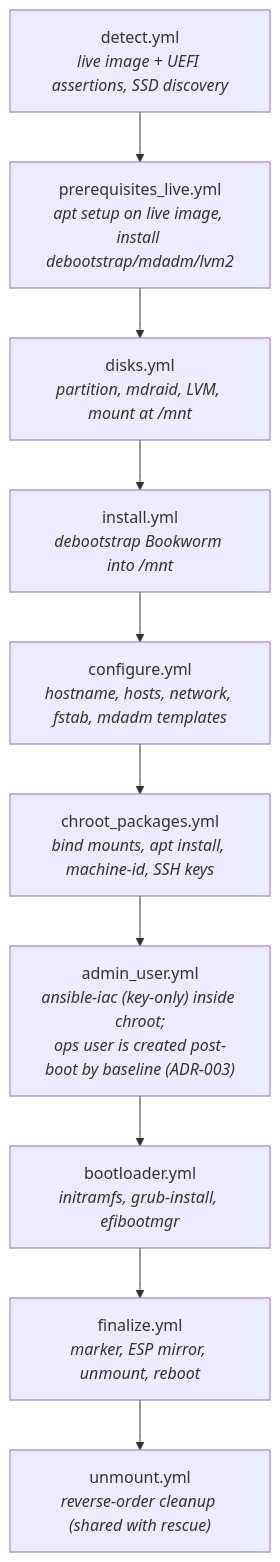
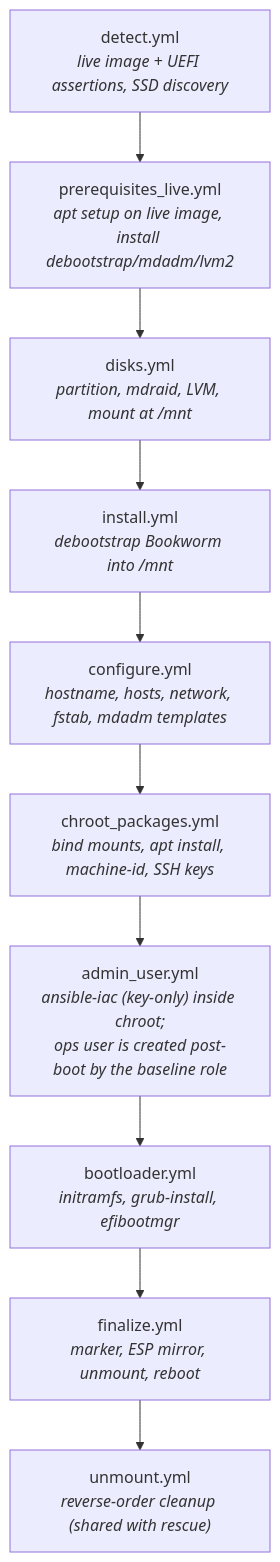
Before and after one commit to immich-app/yucca: diagram 11 of 11 in ansible/ceph/docs/architecture.md, drawn with Mermaid. The commit also changed other lines of this file and 22 other files, not shown here.

````diff
--- a/ansible/ceph/docs/architecture.md
+++ b/ansible/ceph/docs/architecture.md
@@ -740,15 +754,15 @@
 ```mermaid
 flowchart TB
     P1["detect.yml<br/><i>live image + UEFI assertions, SSD discovery</i>"]
     P2["prerequisites_live.yml<br/><i>apt setup on live image, install debootstrap/mdadm/lvm2</i>"]
     P3["disks.yml<br/><i>partition, mdraid, LVM, mount at /mnt</i>"]
     P4["install.yml<br/><i>debootstrap Bookworm into /mnt</i>"]
     P5["configure.yml<br/><i>hostname, hosts, network, fstab, mdadm templates</i>"]
     P6["chroot_packages.yml<br/><i>bind mounts, apt install, machine-id, SSH keys</i>"]
-    P7["admin_user.yml<br/><i>ansible-iac (key-only) inside chroot;<br/>ops user is created post-boot by baseline (ADR-003)</i>"]
+    P7["admin_user.yml<br/><i>ansible-iac (key-only) inside chroot;<br/>ops user is created post-boot by the baseline role</i>"]
     P8["bootloader.yml<br/><i>initramfs, grub-install, efibootmgr</i>"]
     P9["finalize.yml<br/><i>marker, ESP mirror, unmount, reboot</i>"]
     P10["unmount.yml<br/><i>reverse-order cleanup (shared with rescue)</i>"]
 
     P1 --> P2 --> P3 --> P4 --> P5 --> P6 --> P7 --> P8 --> P9 --> P10
 ```
````
